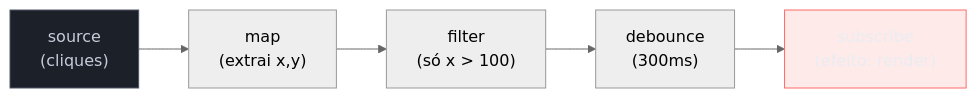
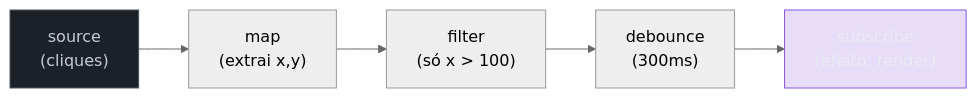
One commit to josenaldo/codex-technomanticus changed the second of 7 diagrams in 03-Dominios/Ciência/Paradigmas/12 - Programação reativa e dataflow.md. Above: the diagram before and after it, drawn with Mermaid (neutral theme). The commit also changed other lines of this file and 601 other files, not shown here.

````diff
--- a/03-Dominios/Ciência/Paradigmas/12 - Programação reativa e dataflow.md
+++ b/03-Dominios/Ciência/Paradigmas/12 - Programação reativa e dataflow.md
@@ -58,11 +58,11 @@
 ```mermaid
 flowchart LR
+    classDef marca fill:#8855DF33,stroke:#8855DF,color:#E9ECF2
     classDef neutro fill:#1B2029,stroke:#4E5666,color:#C6CCD8
-    classDef falha fill:#FF6B6B24,stroke:#FF6B6B,color:#E9ECF2
     S["source<br/>(cliques)"] --> M["map<br/>(extrai x,y)"]
     M --> F["filter<br/>(só x &gt; 100)"]
     F --> D["debounce<br/>(300ms)"]
     D --> SUB["subscribe<br/>(efeito: render)"]
     class S neutro
-    class SUB falha
+    class SUB marca
 ```
````
